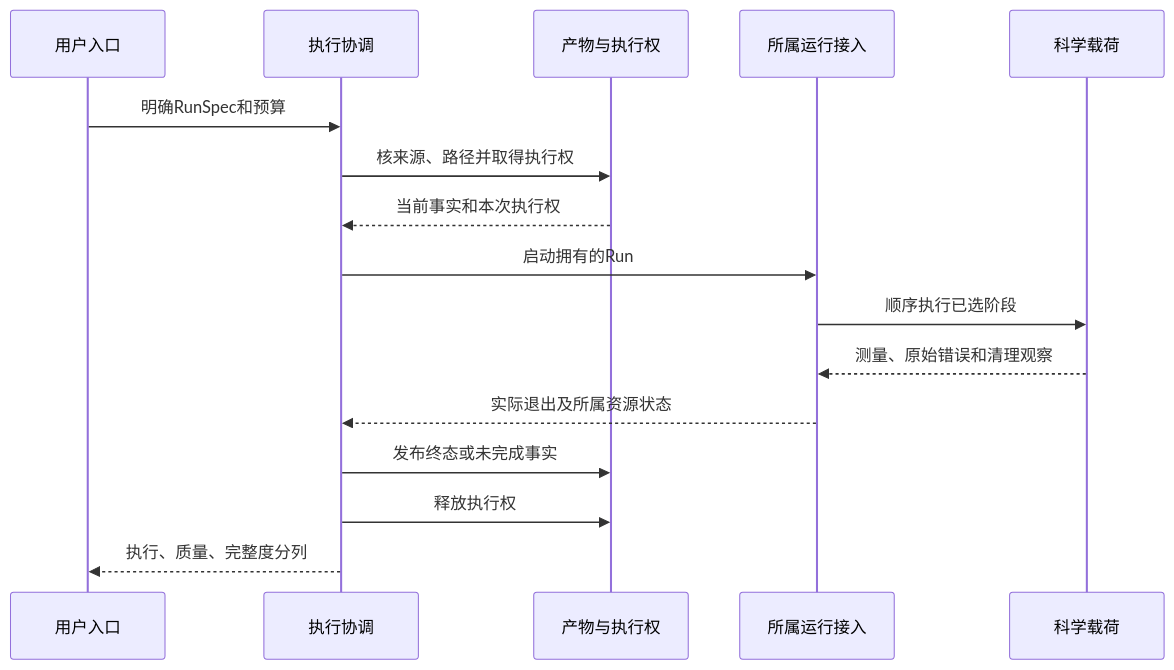
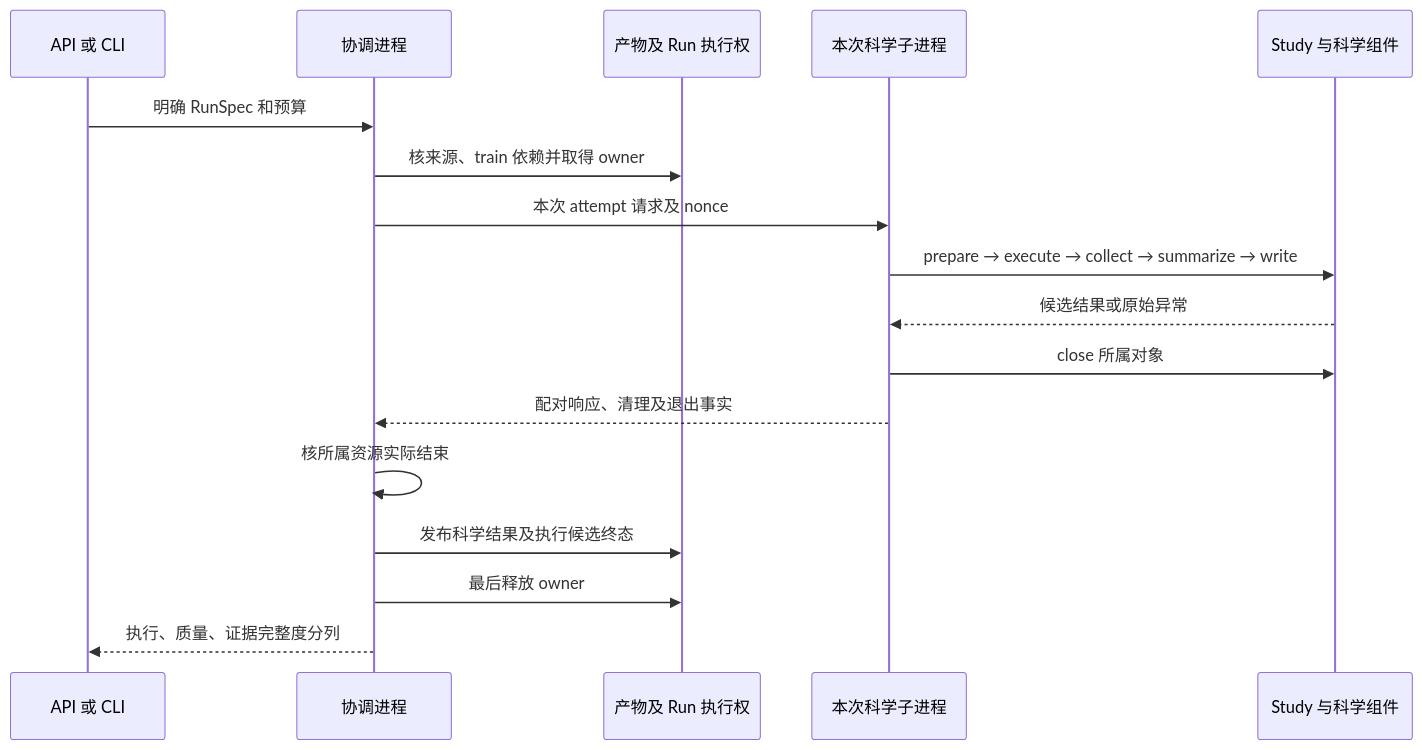
The third of 4 diagrams in docs/研究流水线 架构设计.md (DreamSoul-AI/RPipe), drawn with Mermaid before and after one commit. The commit also changed other lines of this file and 2 other files, not shown here.

````diff
--- a/docs/研究流水线 架构设计.md
+++ b/docs/研究流水线 架构设计.md
@@ -107,18 +152,19 @@
 ```mermaid
 sequenceDiagram
-    participant U as 用户入口
-    participant C as 执行协调
-    participant A as 产物与执行权
-    participant E as 所属运行接入
-    participant S as 科学载荷
-    U->>C: 明确RunSpec和预算
-    C->>A: 核来源、路径并取得执行权
-    A-->>C: 当前事实和本次执行权
-    C->>E: 启动拥有的Run
-    E->>S: 顺序执行已选阶段
-    S-->>E: 测量、原始错误和清理观察
-    E-->>C: 实际退出及所属资源状态
-    C->>A: 发布终态或未完成事实
-    C->>A: 释放执行权
-    C-->>U: 执行、质量、完整度分列
+    participant U as API 或 CLI
+    participant C as 协调进程
+    participant A as 产物及 Run 执行权
+    participant W as 本次科学子进程
+    participant S as Study 与科学组件
+    U->>C: 明确 RunSpec 和预算
+    C->>A: 核来源、train 依赖并取得 owner
+    C->>W: 本次 attempt 请求及 nonce
+    W->>S: prepare → execute → collect → summarize → write
+    S-->>W: 候选结果或原始异常
+    W->>S: close 所属对象
+    W-->>C: 配对响应、清理及退出事实
+    C->>C: 核所属资源实际结束
+    C->>A: 发布科学结果及执行候选终态
+    C->>A: 最后释放 owner
+    C-->>U: 执行、质量、证据完整度分列
 ```
````
